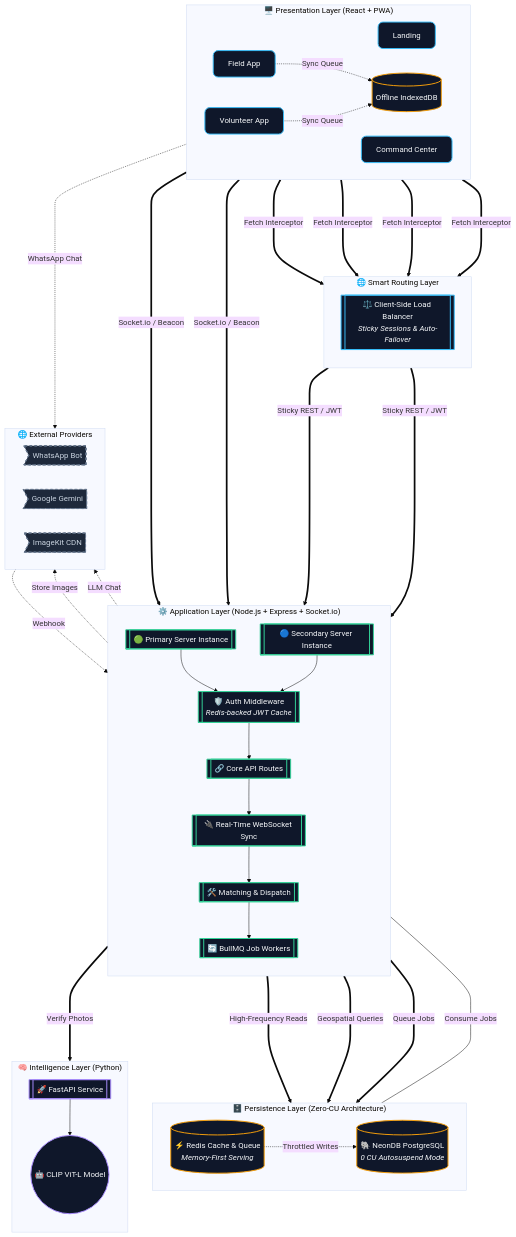
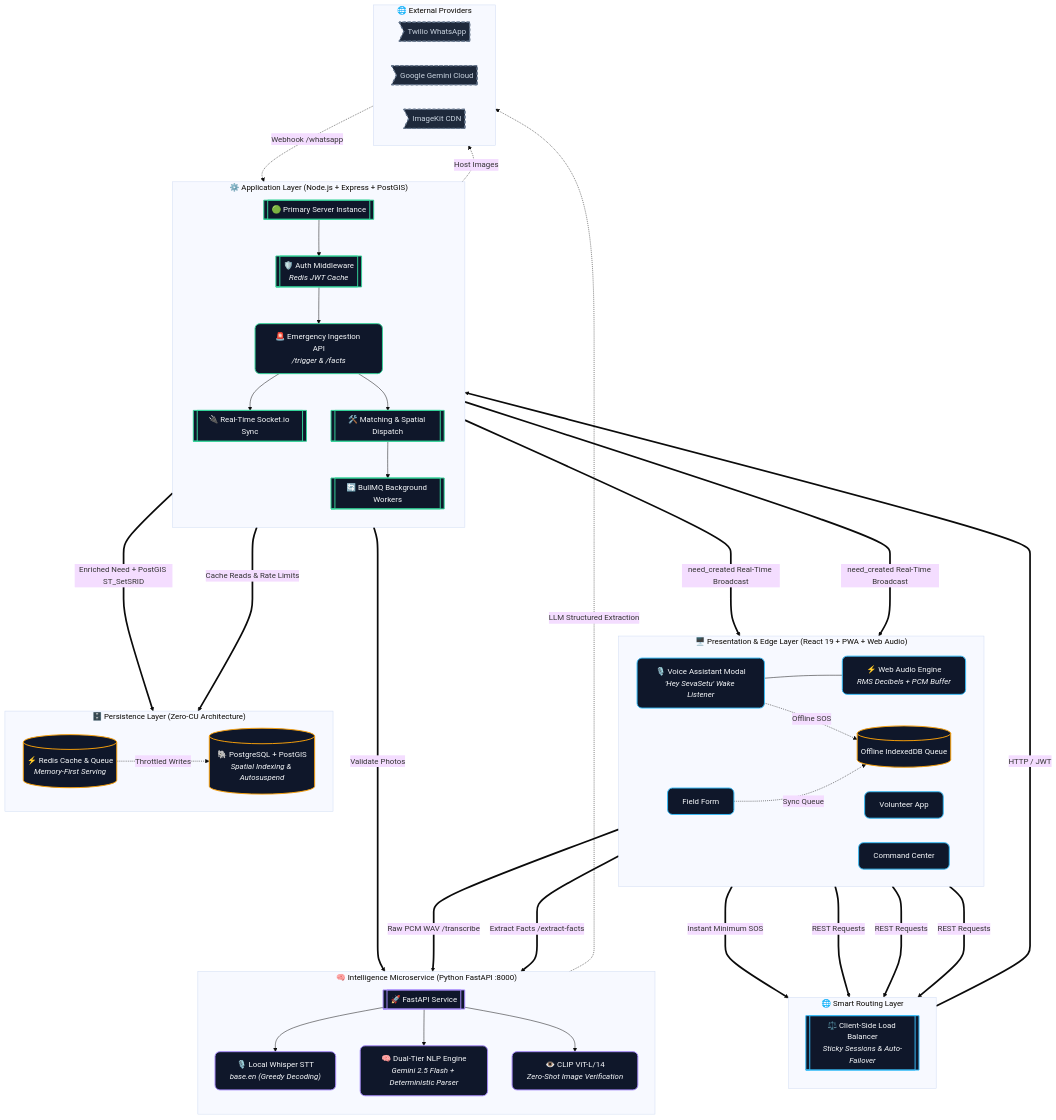
One commit to Barshan-Majumdar/seva-setu changed the diagram in README.md. Above: the diagram before and after it, drawn with Mermaid (base theme). The commit also changed other lines of this file and 4 other files, not shown here.

Commit message:
update voice NLP final

````diff
--- a/README.md
+++ b/README.md
@@ -119,22 +177,25 @@
 ```mermaid
 flowchart TD
-    %% Isometric / 3D Styling using Shadows and Depth
-    classDef client fill:#0f172a,stroke:#38bdf8,stroke-width:2px,color:#f8fafc,rx:10px,ry:10px,shadow:true;
-    classDef backend fill:#0f172a,stroke:#34d399,stroke-width:2px,color:#f8fafc,rx:10px,ry:10px,shadow:true;
-    classDef db fill:#0f172a,stroke:#f59e0b,stroke-width:2px,color:#f8fafc,shadow:true;
-    classDef ai fill:#0f172a,stroke:#a78bfa,stroke-width:2px,color:#f8fafc,rx:10px,ry:10px,shadow:true;
+    %% Styling using clean contrast and distinct layer colors
+    classDef client fill:#0f172a,stroke:#38bdf8,stroke-width:2px,color:#f8fafc,rx:10px,ry:10px;
+    classDef backend fill:#0f172a,stroke:#34d399,stroke-width:2px,color:#f8fafc,rx:10px,ry:10px;
+    classDef db fill:#0f172a,stroke:#f59e0b,stroke-width:2px,color:#f8fafc;
+    classDef ai fill:#0f172a,stroke:#a78bfa,stroke-width:2px,color:#f8fafc,rx:10px,ry:10px;
     classDef thirdparty fill:#1e293b,stroke:#64748b,stroke-width:2px,stroke-dasharray: 5 5,color:#cbd5e1,rx:10px,ry:10px;
 
-    subgraph Client ["🖥️ Presentation Layer (React + PWA)"]
+    subgraph Client ["🖥️ Presentation & Edge Layer (React 19 + PWA + Web Audio)"]
         direction LR
-        L[Landing]:::client
-        F[Field App]:::client
+        VoiceUI["🎙️ Voice Assistant Modal<br><i>'Hey SevaSetu' Wake Listener</i>"]:::client
+        F[Field Form]:::client
         V[Volunteer App]:::client
         C[Command Center]:::client
         
-        IDB[(Offline IndexedDB)]:::db
+        VAD["⚡ Web Audio Engine<br><i>RMS Decibels + PCM Buffer</i>"]:::client
+        IDB[(Offline IndexedDB Queue)]:::db
+        
+        VoiceUI --- VAD
         F -.->|Sync Queue| IDB
-        V -.->|Sync Queue| IDB
+        VoiceUI -.->|Offline SOS| IDB
     end
 
     subgraph Gateway ["🌐 Smart Routing Layer"]
@@ -142,60 +203,63 @@
         LB[[⚖️ Client-Side Load Balancer<br><i>Sticky Sessions & Auto-Failover</i>]]:::client
     end
 
-    subgraph API ["⚙️ Application Layer (Node.js + Express + Socket.io)"]
+    subgraph API ["⚙️ Application Layer (Node.js + Express + PostGIS)"]
         direction TB
-        Server1[[🟢 Primary Server Instance]]:::backend
-        Server2[[🔵 Secondary Server Instance]]:::backend
+        Server[[🟢 Primary Server Instance]]:::backend
         
-        Auth[[🛡️ Auth Middleware<br><i>Redis-backed JWT Cache</i>]]:::backend
-        Routes[[🔗 Core API Routes]]:::backend
-        Sockets[[🔌 Real-Time WebSocket Sync]]:::backend
-        Services[[🛠️ Matching & Dispatch]]:::backend
-        Workers[[🔄 BullMQ Job Workers]]:::backend
+        EmergencyAPI["🚨 Emergency Ingestion API<br><i>/trigger & /facts</i>"]:::backend
+        Auth[[🛡️ Auth Middleware<br><i>Redis JWT Cache</i>]]:::backend
+        Sockets[[🔌 Real-Time Socket.io Sync]]:::backend
+        Services[[🛠️ Matching & Spatial Dispatch]]:::backend
+        Workers[[🔄 BullMQ Background Workers]]:::backend
 
-        Server1 --> Auth
-        Server2 --> Auth
-        Auth --> Routes
-        Routes --> Sockets
-        Sockets --> Services
+        Server --> Auth
+        Auth --> EmergencyAPI
+        EmergencyAPI --> Sockets
+        EmergencyAPI --> Services
         Services --> Workers
+    end
+
+    subgraph AI ["🧠 Intelligence Microservice (Python FastAPI :8000)"]
+        direction TB
+        FastAPI[[🚀 FastAPI Service]]:::ai
+        WhisperSTT["🎙️ Local Whisper STT<br><i>base.en (Greedy Decoding)</i>"]:::ai
+        NLPModule["🧠 Dual-Tier NLP Engine<br><i>Gemini 2.5 Flash + Deterministic Parser</i>"]:::ai
+        VisionModel["👁️ CLIP ViT-L/14<br><i>Zero-Shot Image Verification</i>"]:::ai
+
+        FastAPI --> WhisperSTT
+        FastAPI --> NLPModule
+        FastAPI --> VisionModel
     end
 
     subgraph Data ["🗄️ Persistence Layer (Zero-CU Architecture)"]
         direction LR
         Redis[(⚡ Redis Cache & Queue<br><i>Memory-First Serving</i>)]:::db
-        PG[(🐘 NeonDB PostgreSQL<br><i>0 CU Autosuspend Mode</i>)]:::db
+        PG[(🐘 PostgreSQL + PostGIS<br><i>Spatial Indexing & Autosuspend</i>)]:::db
         Redis -.->|Throttled Writes| PG
-    end
-
-    subgraph AI ["🧠 Intelligence Layer (Python)"]
-        direction TB
-        FastAPI[[🚀 FastAPI Service]]:::ai
-        Model((🤖 CLIP ViT-L Model)):::ai
-        FastAPI --> Model
     end
 
     subgraph External ["🌐 External Providers"]
         direction LR
-        WhatsApp>WhatsApp Bot]:::thirdparty
-        Gemini>Google Gemini]:::thirdparty
+        WhatsApp>Twilio WhatsApp]:::thirdparty
+        GeminiCloud>Google Gemini Cloud]:::thirdparty
         ImgKit>ImageKit CDN]:::thirdparty
     end
 
     %% Flow Connections
-    L & F & V & C ====>|Fetch Interceptor| LB
-    LB ====>|Sticky REST / JWT| Server1 & Server2
-    V & C ====>|Socket.io / Beacon| Sockets
-    F -.->|WhatsApp Chat| WhatsApp
-    WhatsApp -.->|Webhook| Routes
-
-    Routes -.->|Store Images| ImgKit
-    Routes -.->|LLM Chat| Gemini
+    VAD ====>|Raw PCM WAV /transcribe| WhisperSTT
+    VoiceUI ====>|Extract Facts /extract-facts| NLPModule
+    VoiceUI ====>|Instant Minimum SOS| LB
+    F & V & C ====>|REST Requests| LB
+    LB ====>|HTTP / JWT| Server
     
-    Routes ====>|High-Frequency Reads| Redis
-    Services ====>|Geospatial Queries| PG
-    Services ====>|Queue Jobs| Redis
-    Workers <====|Consume Jobs| Redis
+    EmergencyAPI ====>|Enriched Need + PostGIS ST_SetSRID| PG
+    Sockets ====>|need_created Real-Time Broadcast| C & V
+    WhatsApp -.->|Webhook /whatsapp| Server
     
-    Workers ====>|Verify Photos| FastAPI
+    Workers ====>|Validate Photos| VisionModel
+    NLPModule -.->|LLM Structured Extraction| GeminiCloud
+    Server -.->|Host Images| ImgKit
+    
+    Server ====>|Cache Reads & Rate Limits| Redis
 ```
````
